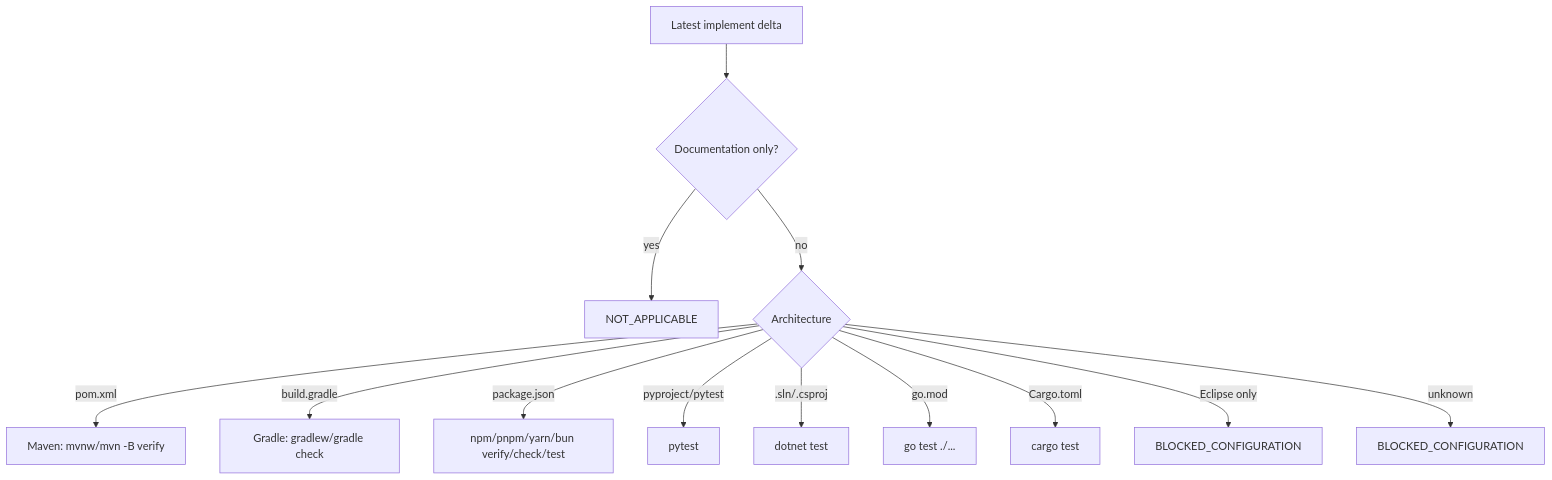
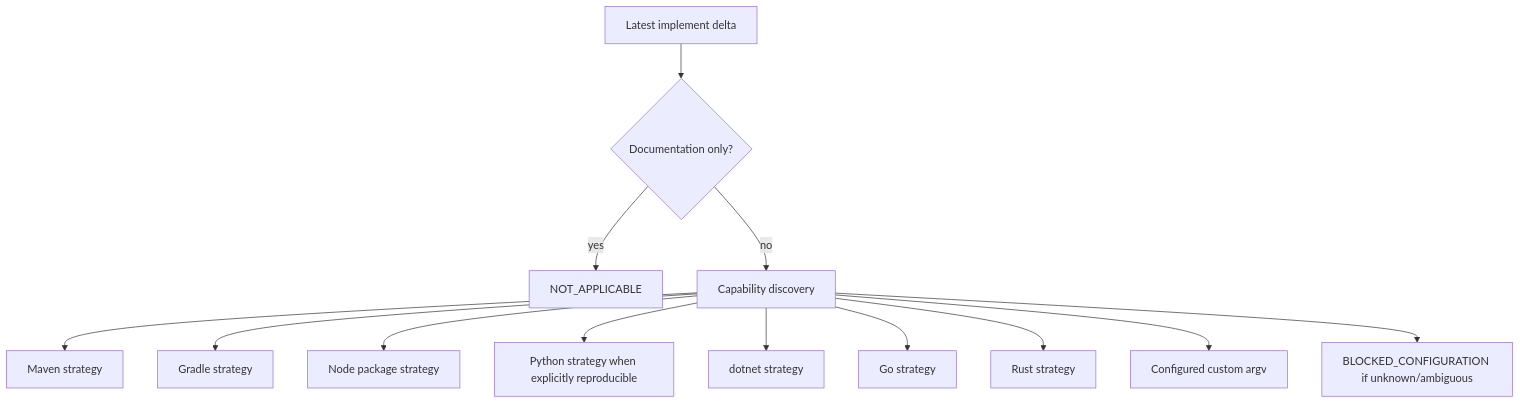
Before and after one commit to ds1david/speckit-powerpack: the fourth of 9 diagrams in README.md, drawn with Mermaid. The commit also changed other lines of this file, not shown here.

Commit message:
docs: update README for deep review, full-cycle, debt and customization architecture

````diff
--- a/README.md
+++ b/README.md
@@ -172,15 +189,15 @@
 ```mermaid
 flowchart TD
     D[Latest implement delta] --> DOC{Documentation only?}
     DOC -->|yes| NA[NOT_APPLICABLE]
-    DOC -->|no| DETECT{Architecture}
-    DETECT -->|pom.xml| MVN[Maven: mvnw/mvn -B verify]
-    DETECT -->|build.gradle| GR[Gradle: gradlew/gradle check]
-    DETECT -->|package.json| JS[npm/pnpm/yarn/bun verify/check/test]
-    DETECT -->|pyproject/pytest| PY[pytest]
-    DETECT -->|.sln/.csproj| DOT[dotnet test]
-    DETECT -->|go.mod| GO[go test ./...]
-    DETECT -->|Cargo.toml| RS[cargo test]
-    DETECT -->|Eclipse only| BLOCK[BLOCKED_CONFIGURATION]
-    DETECT -->|unknown| BLOCK2[BLOCKED_CONFIGURATION]
+    DOC -->|no| DETECT[Capability discovery]
+    DETECT --> MVN[Maven strategy]
+    DETECT --> GR[Gradle strategy]
+    DETECT --> JS[Node package strategy]
+    DETECT --> PY[Python strategy when explicitly reproducible]
+    DETECT --> DOT[dotnet strategy]
+    DETECT --> GO[Go strategy]
+    DETECT --> RS[Rust strategy]
+    DETECT --> CUSTOM[Configured custom argv]
+    DETECT --> BLOCK[BLOCKED_CONFIGURATION if unknown/ambiguous]
 ```
````
